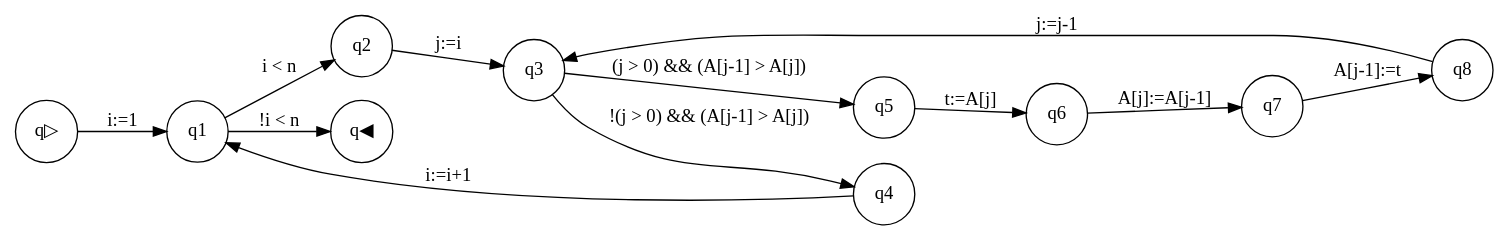
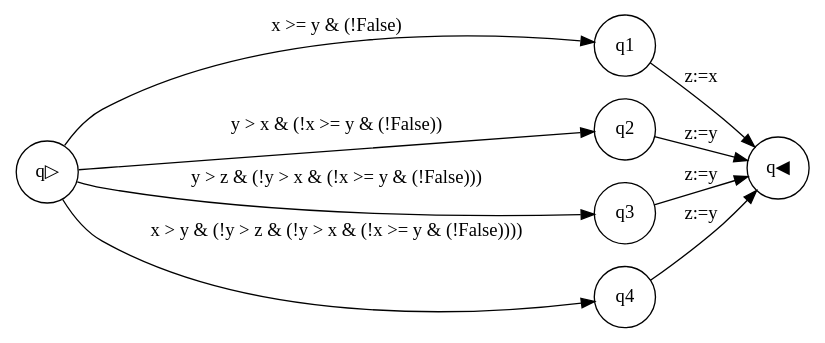
One commit to Luppilau/Parser changed the diagram in Parser/src/input-output/output.dot. Above: the diagram before and after it, drawn with Graphviz. The commit also changed 5 other files, not shown here.

```diff
--- a/Parser/src/input-output/output.dot
+++ b/Parser/src/input-output/output.dot
@@ -1,15 +1,12 @@
 digraph G {
 rankdir=LR;
 node [shape = circle]
-q▷ -> q1 [label="i:=1"] 
-q2 -> q3 [label="j:=i"] 
-q5 -> q6 [label="t:=A[j]"] 
-q6 -> q7 [label="A[j]:=A[j-1]"] 
-q7 -> q8 [label="A[j-1]:=t"] 
-q8 -> q3 [label="j:=j-1"] 
-q3 -> q5 [label="(j > 0) && (A[j-1] > A[j])"] 
-q3 -> q4 [label="!(j > 0) && (A[j-1] > A[j])"] 
-q4 -> q1 [label="i:=i+1"] 
-q1 -> q2 [label="i < n"] 
-q1 -> q◀ [label="!i < n"] 
+q1 -> q◀ [label="z:=x"] 
+q▷ -> q1 [label="x >= y & (!False)"] 
+q2 -> q◀ [label="z:=y"] 
+q▷ -> q2 [label="y > x & (!x >= y & (!False))"] 
+q3 -> q◀ [label="z:=y"] 
+q▷ -> q3 [label="y > z & (!y > x & (!x >= y & (!False)))"] 
+q4 -> q◀ [label="z:=y"] 
+q▷ -> q4 [label="x > y & (!y > z & (!y > x & (!x >= y & (!False))))"] 
 }
```
